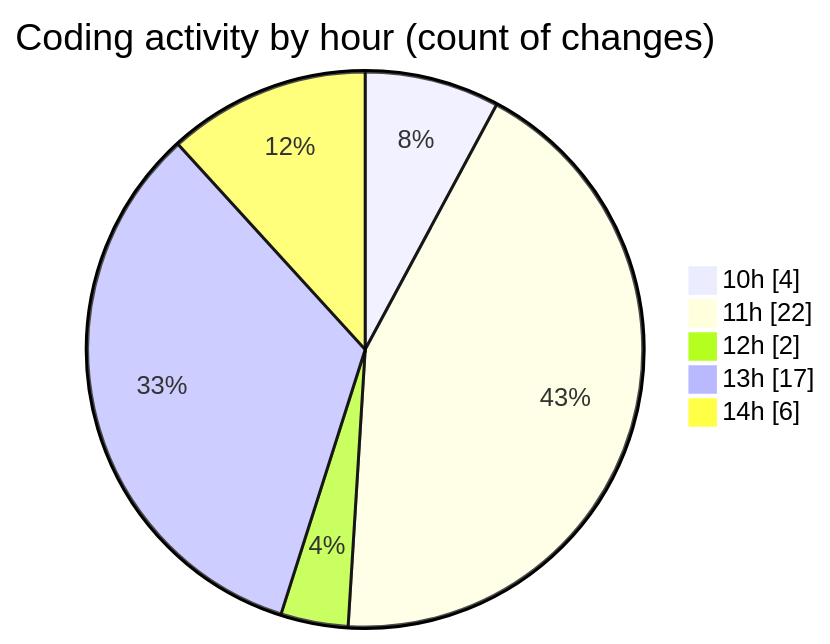
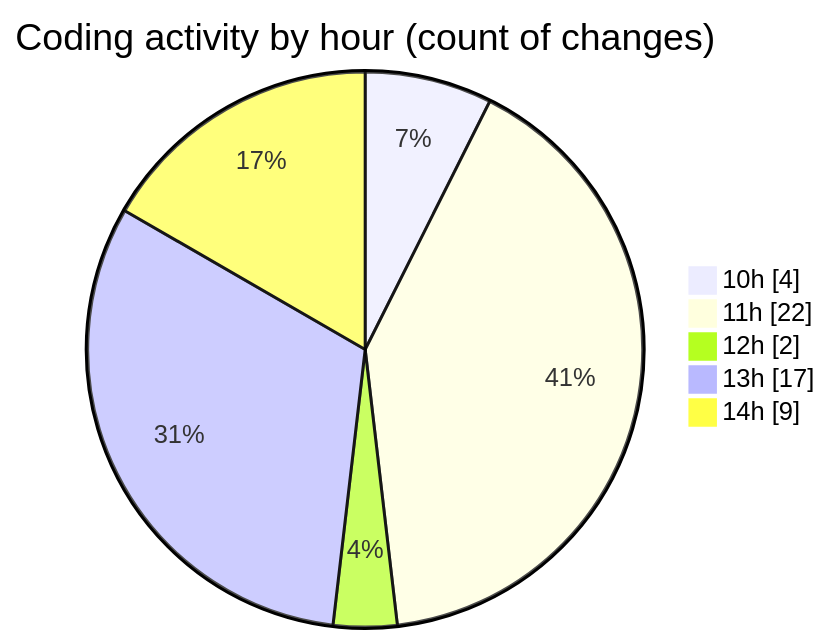
The second of 2 diagrams in 2025-09-15/nxtqube_webapp/README.md (nxtqubesakshisongat/code-tracking), drawn with Mermaid before and after one commit. The commit also changed other lines of this file and 1 other file, not shown here.

````diff
--- a/2025-09-15/nxtqube_webapp/README.md
+++ b/2025-09-15/nxtqube_webapp/README.md
@@ -31,9 +31,9 @@
 ```mermaid
 pie showData
 title Coding activity by hour (count of changes)
 "10h" : 4
 "11h" : 22
 "12h" : 2
 "13h" : 17
-"14h" : 6
+"14h" : 9
 ```
````
